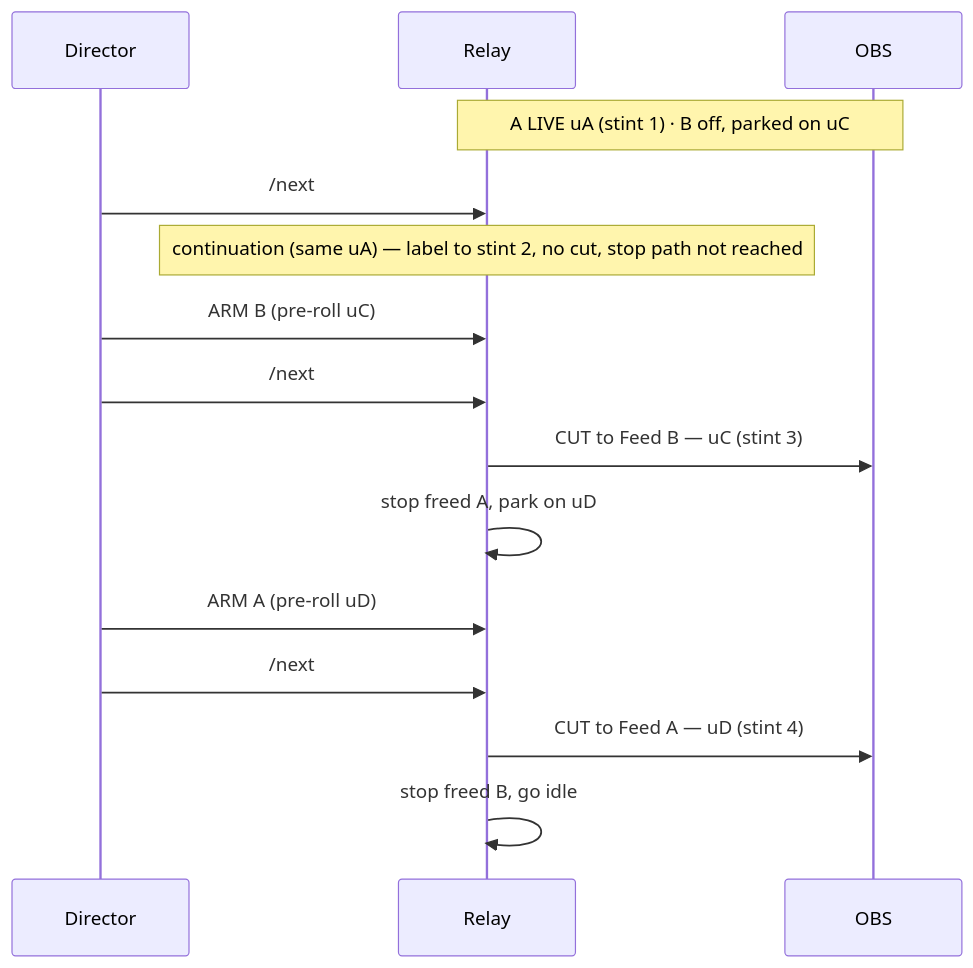
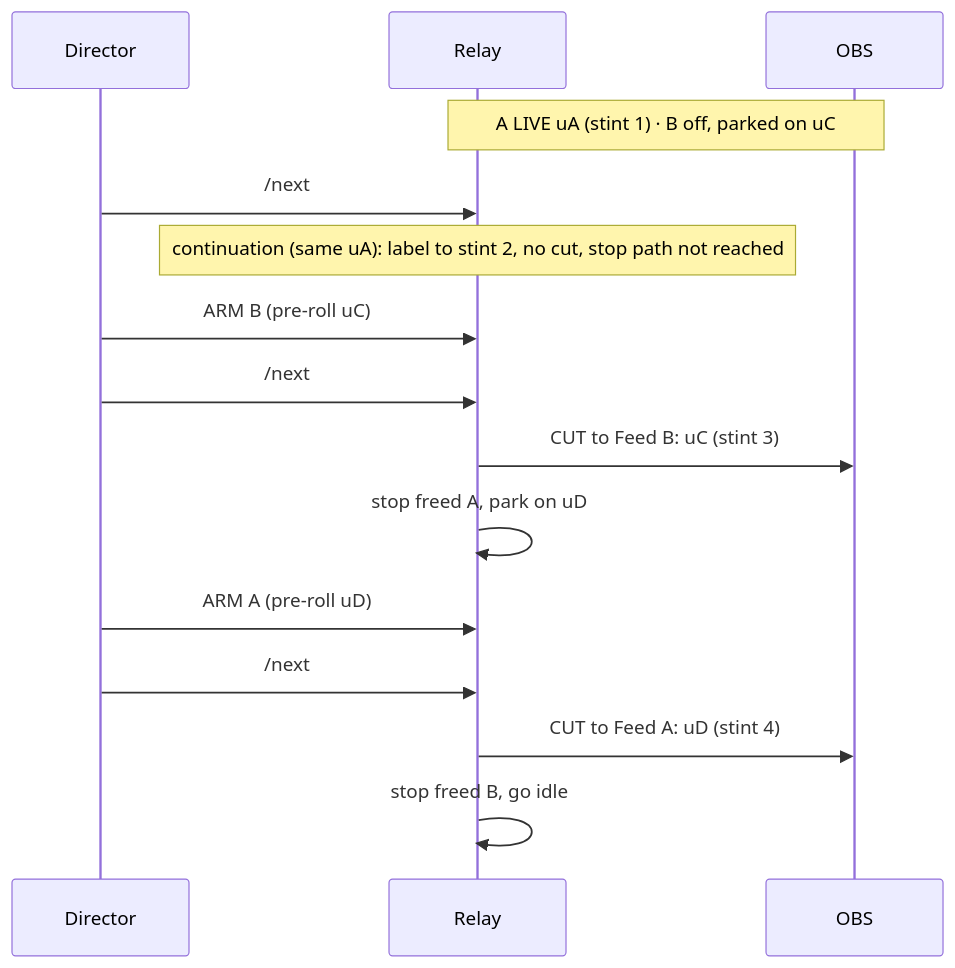
Before and after one commit to jegr78/gt-racing-broadcast: the second of 2 diagrams in src/docs/wiki/Relay-Mode.md, drawn with Mermaid. The commit also changed other lines of this file and 32 other files, not shown here.

````diff
--- a/src/docs/wiki/Relay-Mode.md
+++ b/src/docs/wiki/Relay-Mode.md
@@ -237,17 +237,17 @@
 ```mermaid
 sequenceDiagram
     participant D as Director
     participant R as Relay
     participant O as OBS
     Note over R,O: A LIVE uA (stint 1) · B off, parked on uC
     D->>R: /next
-    Note over R: continuation (same uA) — label to stint 2, no cut, stop path not reached
+    Note over R: continuation (same uA): label to stint 2, no cut, stop path not reached
     D->>R: ARM B (pre-roll uC)
     D->>R: /next
-    R->>O: CUT to Feed B — uC (stint 3)
+    R->>O: CUT to Feed B: uC (stint 3)
     R->>R: stop freed A, park on uD
     D->>R: ARM A (pre-roll uD)
     D->>R: /next
-    R->>O: CUT to Feed A — uD (stint 4)
+    R->>O: CUT to Feed A: uD (stint 4)
     R->>R: stop freed B, go idle
 ```
````
